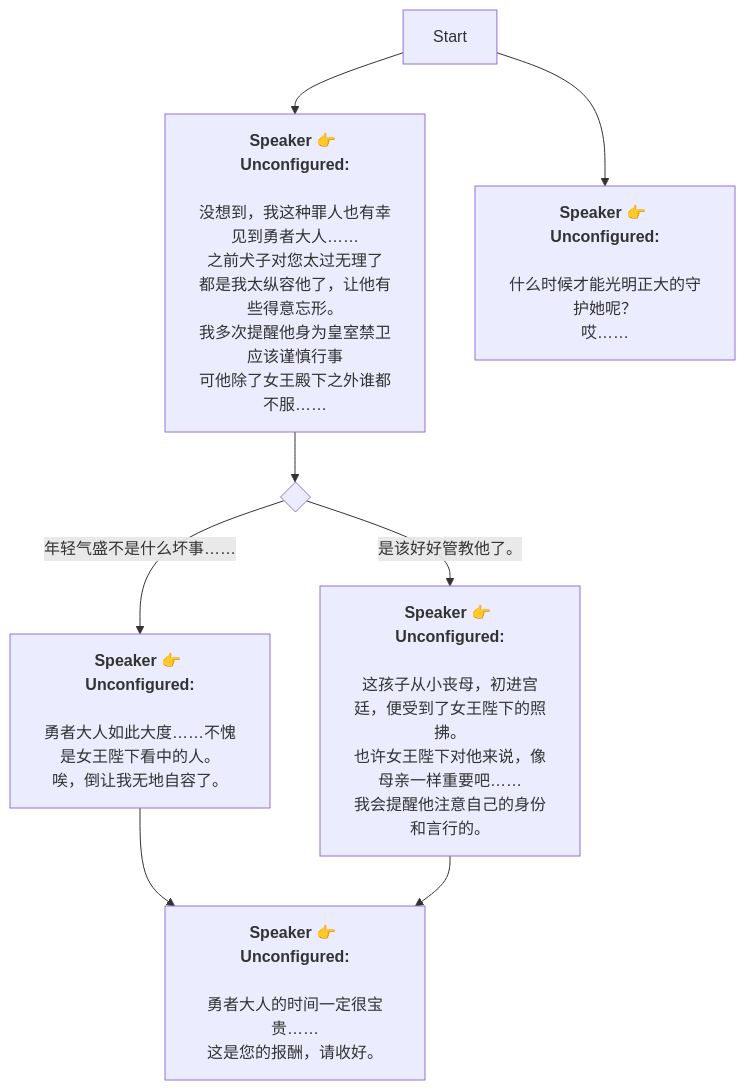
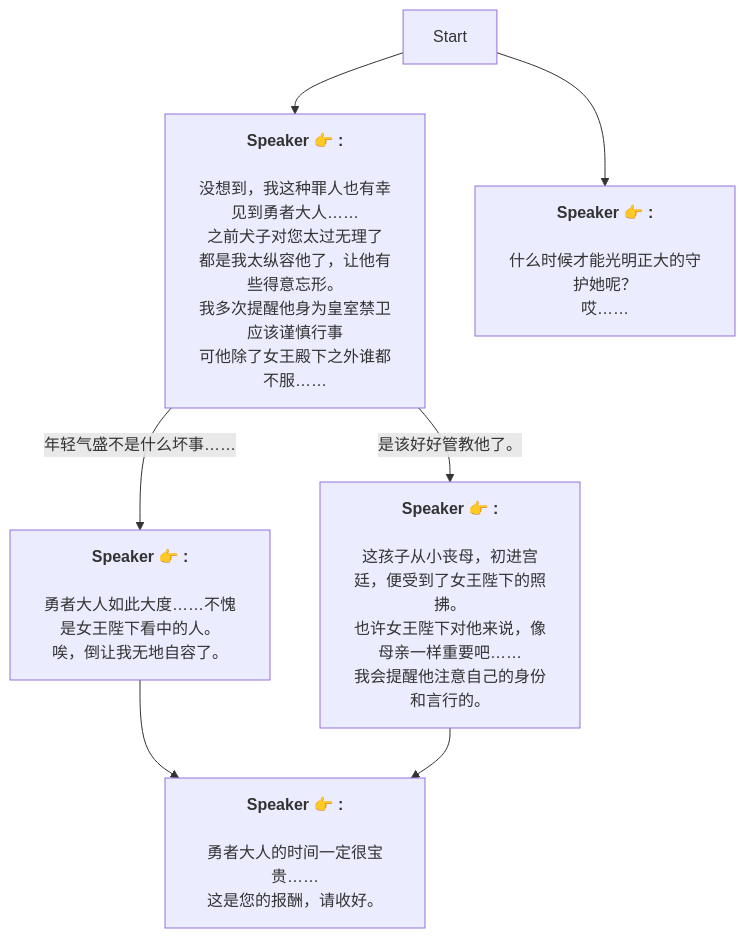
The diagram in Zh/GLP_4.md (SoftHu/tos_avg), drawn with Mermaid before and after one commit. The commit also changed 737 other files, not shown here.

````diff
--- a/Zh/GLP_4.md
+++ b/Zh/GLP_4.md
@@ -1,33 +1,23 @@
 ```mermaid
 graph
-Start -->1719164382430250[<b>Speaker 👉 Unconfigured:</b>
-
-没想到，我这种罪人也有幸见到勇者大人……
-之前犬子对您太过无理了
-都是我太纵容他了，让他有些得意忘形。
-我多次提醒他身为皇室禁卫应该谨慎行事
+Start -->1719164382430250[<b>Speaker 👉 :</b>
+\n没想到，我这种罪人也有幸见到勇者大人……\n之前犬子对您太过无理了
+都是我太纵容他了，让他有些得意忘形。\n我多次提醒他身为皇室禁卫应该谨慎行事
 可他除了女王殿下之外谁都不服……]
-1719164382430250 -->1719169938053163{ }
-1719169938053163 -->|年轻气盛不是什么坏事……|1719170460340272[<b>Speaker 👉 Unconfigured:</b>
-
-勇者大人如此大度……不愧是女王陛下看中的人。
+1719164382430250 -->|年轻气盛不是什么坏事……|1719170460340272[<b>Speaker 👉 :</b>
+\n勇者大人如此大度……不愧是女王陛下看中的人。
 唉，倒让我无地自容了。]
-1719169938053163 -->|是该好好管教他了。|1719170465625137[<b>Speaker 👉 Unconfigured:</b>
-
-这孩子从小丧母，初进宫廷，便受到了女王陛下的照拂。
-也许女王陛下对他来说，像母亲一样重要吧……
-我会提醒他注意自己的身份和言行的。]
-1719170460340272 -->1719171115381810[<b>Speaker 👉 Unconfigured:</b>
-
-勇者大人的时间一定很宝贵……
+1719164382430250 -->|是该好好管教他了。|1719170465625137[<b>Speaker 👉 :</b>
+\n这孩子从小丧母，初进宫廷，便受到了女王陛下的照拂。
+也许女王陛下对他来说，像母亲一样重要吧……\n我会提醒他注意自己的身份和言行的。]
+1719170460340272 -->1719171115381810[<b>Speaker 👉 :</b>
+\n勇者大人的时间一定很宝贵……
 这是您的报酬，请收好。]
-1719170465625137 -->1719171115381810[<b>Speaker 👉 Unconfigured:</b>
-
-勇者大人的时间一定很宝贵……
+1719170465625137 -->1719171115381810[<b>Speaker 👉 :</b>
+\n勇者大人的时间一定很宝贵……
 这是您的报酬，请收好。]
-Start -->1724023778065461[<b>Speaker 👉 Unconfigured:</b>
-
-什么时候才能光明正大的守护她呢？
+Start -->1724023778065461[<b>Speaker 👉 :</b>
+\n什么时候才能光明正大的守护她呢？
 哎……]
 
- ```
+```
````
